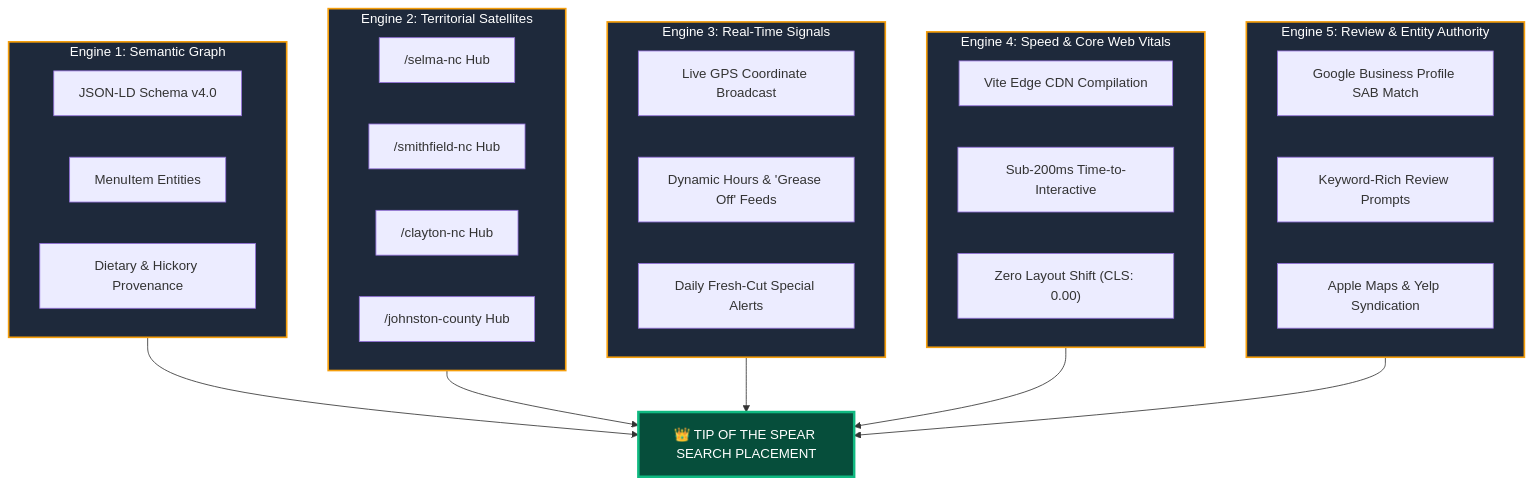
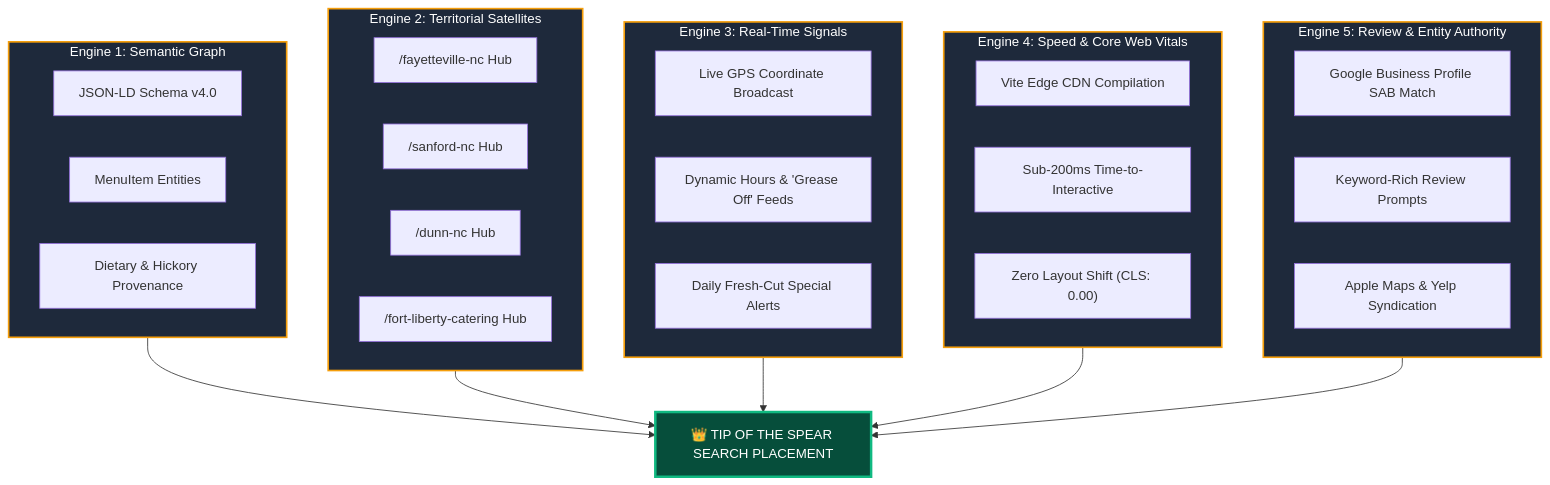
One commit to Reign3418/TisdaleSouthernBBQ changed the first of 3 diagrams in WHITE_PAPER_DISCOVERY.md. Above: the diagram before and after it, drawn with Mermaid. The commit also changed other lines of this file and 13 other files, not shown here.

Commit message:
fix(qa): resolve QA/QC audit items #2-#8 (interactive variants, iOS/Android SMS, fryer parity, marquee sync, code-splitting, schema)

````diff
--- a/WHITE_PAPER_DISCOVERY.md
+++ b/WHITE_PAPER_DISCOVERY.md
@@ -62,44 +62,44 @@
 ```mermaid
 graph TD
     subgraph E1 ["Engine 1: Semantic Graph"]
         S1["JSON-LD Schema v4.0"]
         S2["MenuItem Entities"]
         S3["Dietary & Hickory Provenance"]
     end
 
     subgraph E2 ["Engine 2: Territorial Satellites"]
-        L1["/selma-nc Hub"]
-        L2["/smithfield-nc Hub"]
-        L3["/clayton-nc Hub"]
-        L4["/johnston-county Hub"]
+        L1["/fayetteville-nc Hub"]
+        L2["/sanford-nc Hub"]
+        L3["/dunn-nc Hub"]
+        L4["/fort-liberty-catering Hub"]
     end
 
     subgraph E3 ["Engine 3: Real-Time Signals"]
         R1["Live GPS Coordinate Broadcast"]
         R2["Dynamic Hours & 'Grease Off' Feeds"]
         R3["Daily Fresh-Cut Special Alerts"]
     end
 
     subgraph E4 ["Engine 4: Speed & Core Web Vitals"]
         V1["Vite Edge CDN Compilation"]
         V2["Sub-200ms Time-to-Interactive"]
         V3["Zero Layout Shift (CLS: 0.00)"]
     end
 
     subgraph E5 ["Engine 5: Review & Entity Authority"]
         A1["Google Business Profile SAB Match"]
         A2["Keyword-Rich Review Prompts"]
         A3["Apple Maps & Yelp Syndication"]
     end
 
     E1 --> DOMINANCE["👑 TIP OF THE SPEAR SEARCH PLACEMENT"]
     E2 --> DOMINANCE
     E3 --> DOMINANCE
     E4 --> DOMINANCE
     E5 --> DOMINANCE
 
     classDef core fill:#1e293b,stroke:#f59e0b,stroke-width:2px,color:#ffffff;
     classDef win fill:#064e3b,stroke:#10b981,stroke-width:3px,color:#ffffff;
     class E1,E2,E3,E4,E5 core;
     class DOMINANCE win;
 ```
````
